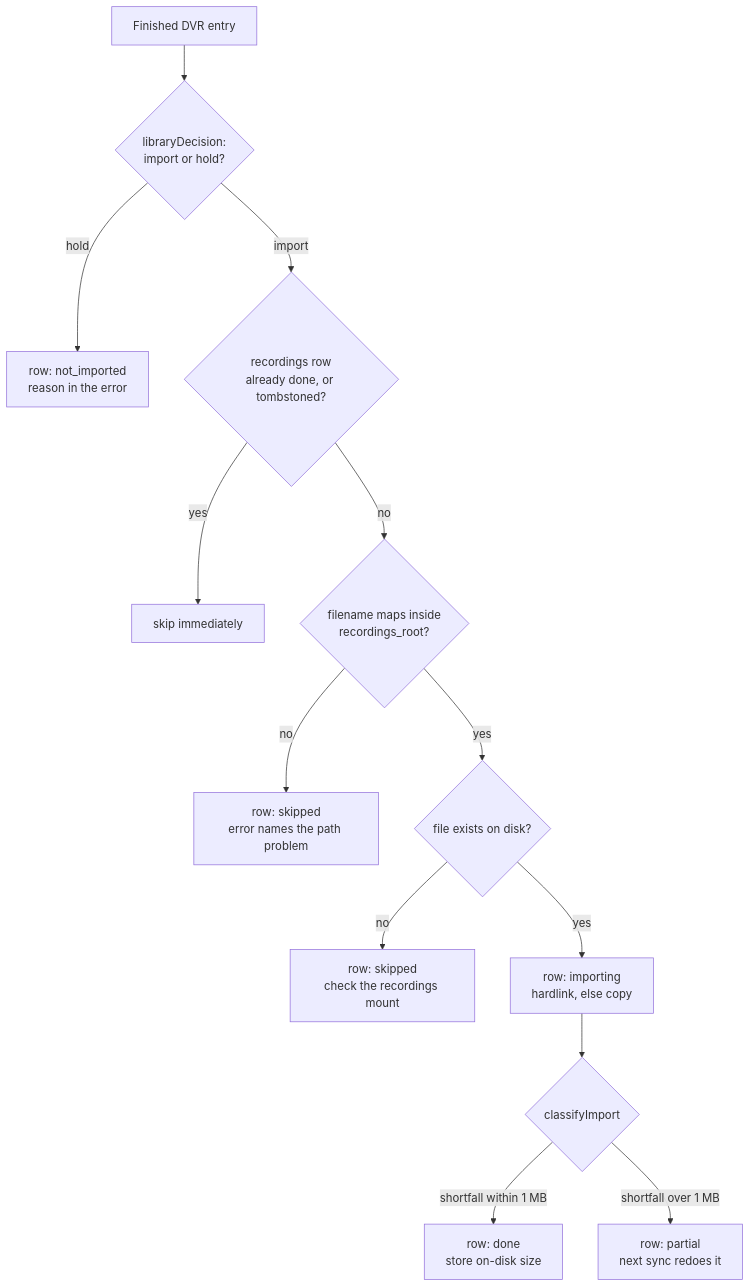
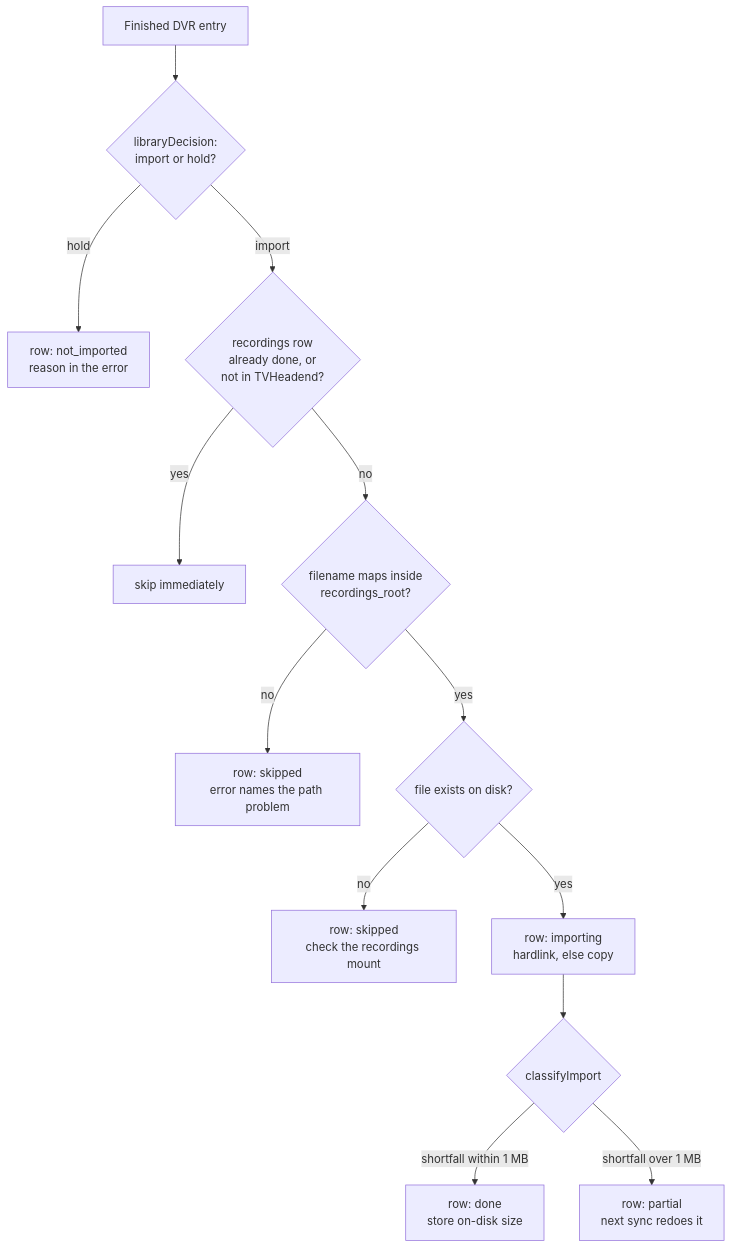
One commit to furey/freetvarr changed the second of 3 diagrams in docs/DEEP_DIVE.md. Above: the diagram before and after it, drawn with Mermaid. The commit also changed other lines of this file and 12 other files, not shown here.

Commit message:
Showed recordings removed from TVHeadend as playable with a NOT IN TVHEADEND chip and CLEAR FROM LIST, paged Syncs through all kept syncs, aligned sibling chips app-wide, added a movies folder TEST PATH and a Doctor back link, renamed DONE to IMPORTED, and shortened sizes and dates.

````diff
--- a/docs/DEEP_DIVE.md
+++ b/docs/DEEP_DIVE.md
@@ -122,15 +122,15 @@
 ```mermaid
 flowchart TD
   entry["Finished DVR entry"] --> decide{"libraryDecision:<br>import or hold?"}
   decide -->|hold| held["row: not_imported<br>reason in the error"]
-  decide -->|import| donecheck{"recordings row<br>already done, or tombstoned?"}
+  decide -->|import| donecheck{"recordings row<br>already done, or<br>not in TVHeadend?"}
   donecheck -->|yes| skip["skip immediately"]
   donecheck -->|no| pathcheck{"filename maps inside<br>recordings_root?"}
   pathcheck -->|no| skiprow["row: skipped<br>error names the path problem"]
   pathcheck -->|yes| statcheck{"file exists on disk?"}
   statcheck -->|no| skipmissing["row: skipped<br>check the recordings mount"]
   statcheck -->|yes| imp["row: importing<br>hardlink, else copy"]
   imp --> classify{"classifyImport"}
   classify -->|"shortfall within 1 MB"| ok["row: done<br>store on-disk size"]
   classify -->|"shortfall over 1 MB"| partial["row: partial<br>next sync redoes it"]
 ```
````
